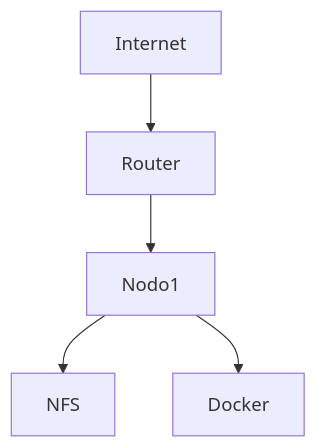
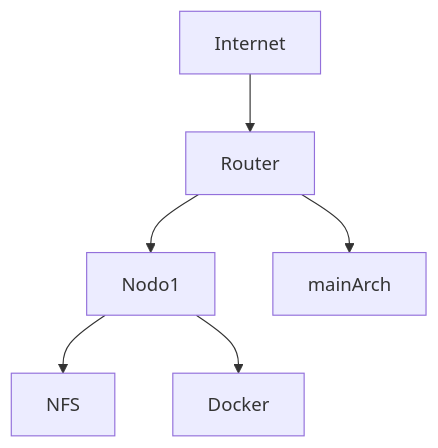
Before and after one commit to conf-27/Homelab: the diagram in README.md, drawn with Mermaid.

````diff
--- a/README.md
+++ b/README.md
@@ -5,7 +5,8 @@
 ```mermaid
 graph TD
     Internet --> Router
     Router --> Nodo1
+    Router --> mainArch
     Nodo1 --> NFS
     Nodo1 --> Docker
 ```
````
